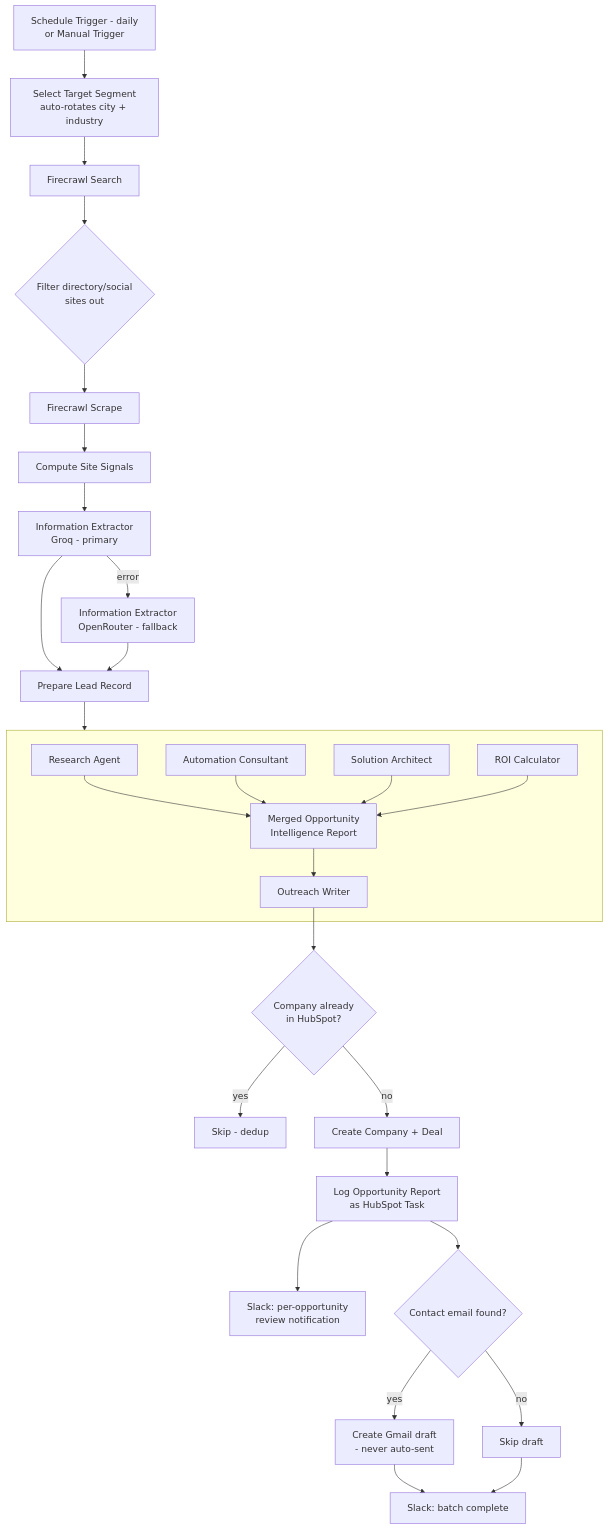
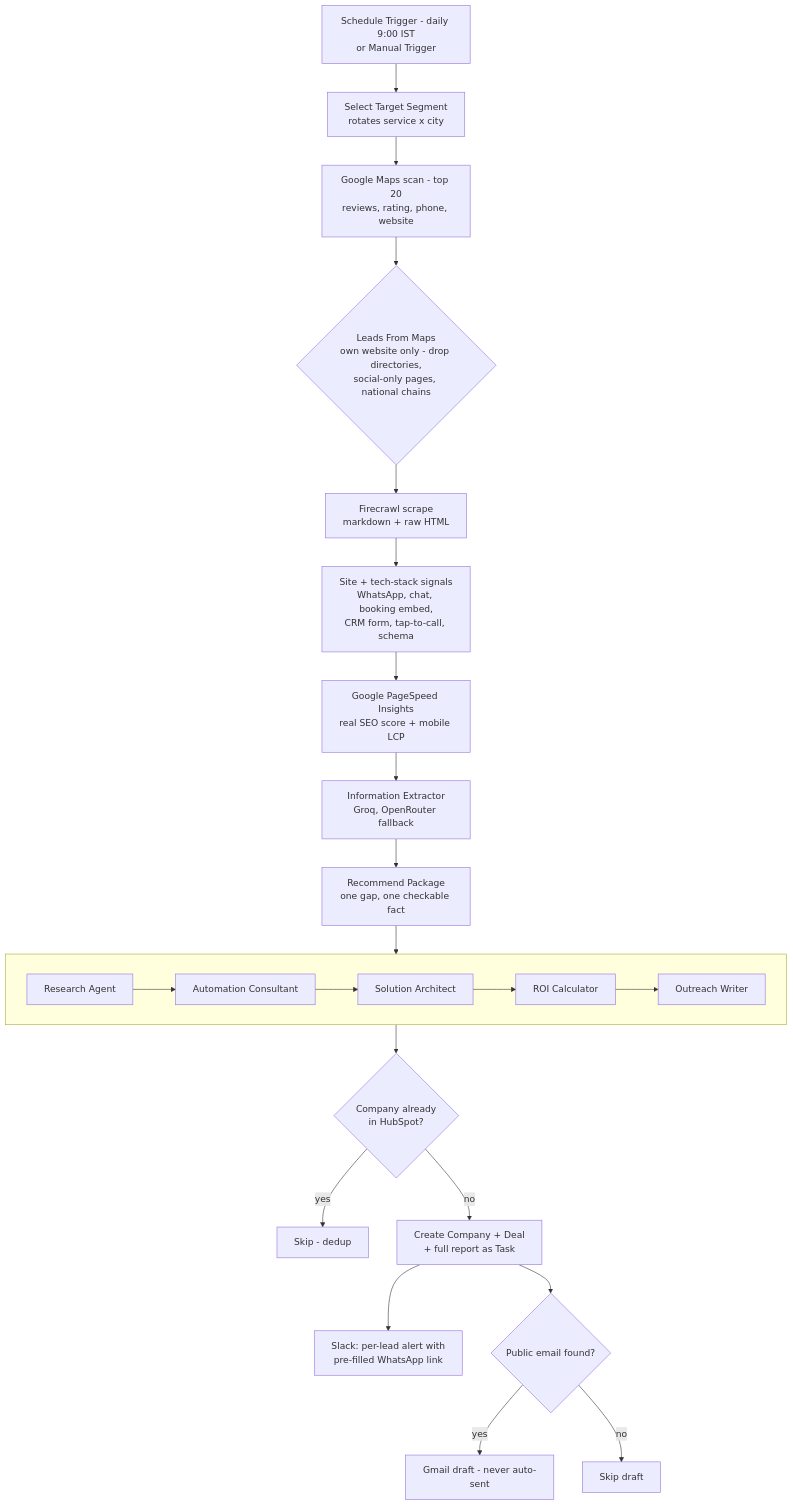
The diagram in README.md (surya-upputuru/true-digital-ai-growth-agent), drawn with Mermaid before and after one commit. The commit also changed other lines of this file, not shown here.

````diff
--- a/README.md
+++ b/README.md
@@ -13,33 +21,24 @@
 ```mermaid
 flowchart TD
-    A[Schedule Trigger - daily<br/>or Manual Trigger] --> B[Select Target Segment<br/>auto-rotates city + industry]
-    B --> C[Firecrawl Search]
-    C --> D{Filter directory/social<br/>sites out}
-    D --> E[Firecrawl Scrape]
-    E --> F[Compute Site Signals]
-    F --> G[Information Extractor<br/>Groq - primary]
-    G -- error --> G2[Information Extractor<br/>OpenRouter - fallback]
-    G --> H[Prepare Lead Record]
-    G2 --> H
-    H --> I[Orchestrator 2:<br/>Opportunity Intelligence]
+    A[Schedule Trigger - daily 9:00 IST<br/>or Manual Trigger] --> B[Select Target Segment<br/>rotates service x city]
+    B --> C[Google Maps scan - top 20<br/>reviews, rating, phone, website]
+    C --> D{Leads From Maps<br/>own website only - drop directories,<br/>social-only pages, national chains}
+    D --> E[Firecrawl scrape<br/>markdown + raw HTML]
+    E --> F[Site + tech-stack signals<br/>WhatsApp, chat, booking embed,<br/>CRM form, tap-to-call, schema]
+    F --> G[Google PageSpeed Insights<br/>real SEO score + mobile LCP]
+    G --> H[Information Extractor<br/>Groq, OpenRouter fallback]
+    H --> I[Recommend Package<br/>one gap, one checkable fact]
+    I --> J[Orchestrator 2:<br/>Opportunity Intelligence]
 
-    subgraph I [ ]
-        I1[Research Agent]
-        I2[Automation Consultant]
-        I3[Solution Architect]
-        I4[ROI Calculator]
-        I1 & I2 & I3 & I4 --> J[Merged Opportunity<br/>Intelligence Report]
-        J --> K[Outreach Writer]
+    subgraph J [ ]
+        J1[Research Agent] --> J2[Automation Consultant] --> J3[Solution Architect] --> J4[ROI Calculator] --> J5[Outreach Writer]
     end
 
-    K --> L{Company already<br/>in HubSpot?}
-    L -- yes --> M[Skip - dedup]
-    L -- no --> N[Create Company + Deal]
-    N --> O[Log Opportunity Report<br/>as HubSpot Task]
-    O --> P[Slack: per-opportunity<br/>review notification]
-    O --> Q{Contact email found?}
-    Q -- yes --> R[Create Gmail draft<br/>- never auto-sent]
-    Q -- no --> S[Skip draft]
-    R --> T[Slack: batch complete]
-    S --> T
+    J --> K{Company already<br/>in HubSpot?}
+    K -- yes --> L[Skip - dedup]
+    K -- no --> M[Create Company + Deal<br/>+ full report as Task]
+    M --> N[Slack: per-lead alert with<br/>pre-filled WhatsApp link]
+    M --> O{Public email found?}
+    O -- yes --> P[Gmail draft - never auto-sent]
+    O -- no --> Q[Skip draft]
 ```
````
